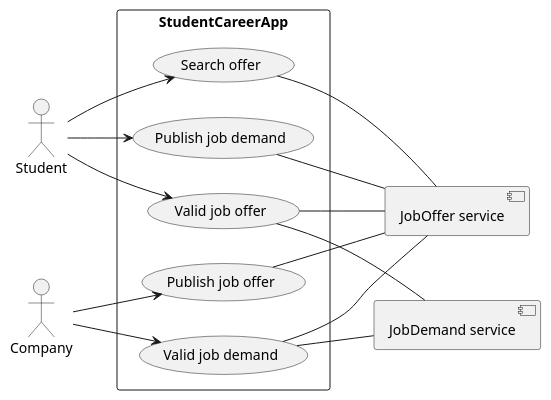
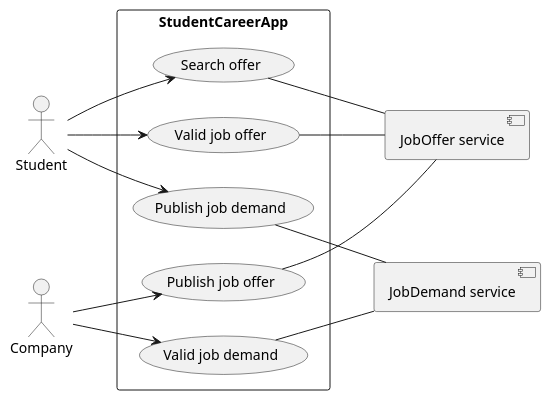
Before and after one commit to Haingue/architecture: the first of 8 diagrams in conception de projet/INTES TP - Conception de projet 2025-2026.md, drawn with PlantUML. The commit also changed other lines of this file and 37 other files, not shown here.

````diff
--- a/conception de projet/INTES TP - Conception de projet 2025-2026.md
+++ b/conception de projet/INTES TP - Conception de projet 2025-2026.md
@@ -22,32 +22,30 @@
 ```plantuml
 @startuml
 left to right direction
 actor Student as s
 actor Company as c
 
 [JobOffer service] as d
 [JobDemand service] as o
 
 rectangle StudentCareerApp as app {
   usecase (Search offer) as f1
   usecase (Publish job demand) as f2
   usecase (Valid job offer) as f3
   usecase (Publish job offer) as f4
   usecase (Valid job demand) as f5
 }
 s --> f1
 s --> f2
 s --> f3
 c --> f4
 c --> f5
 
 f1 -- d
-f2 -- d
-f3 -- o
+f2 -- o
 f3 -- d
 f4 -- d
-f5 -- d
 f5 -- o
 
 @enduml
 ```
````
